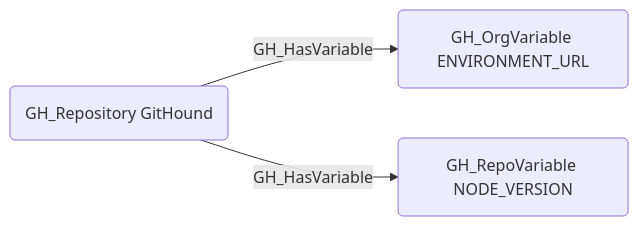
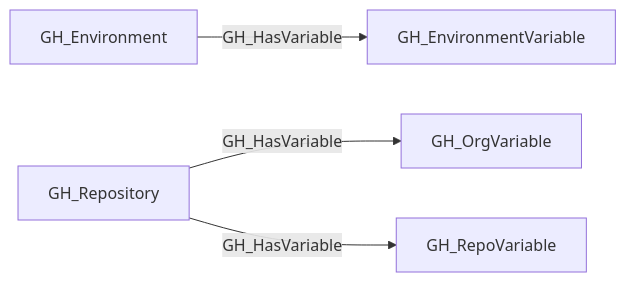
Before and after one commit to SpecterOps/bloodhound-docs: the first of 2 diagrams in docs/opengraph/extensions/github/edges/gh_hasvariable.mdx, drawn with Mermaid. The commit also changed other lines of this file and 292 other files, not shown here.

````diff
--- a/docs/opengraph/extensions/github/edges/gh_hasvariable.mdx
+++ b/docs/opengraph/extensions/github/edges/gh_hasvariable.mdx
@@ -19,8 +18,11 @@
 ```mermaid
-graph LR
-    node1("GH_Repository GitHound")
-    node2("GH_OrgVariable ENVIRONMENT_URL")
-    node3("GH_RepoVariable NODE_VERSION")
-    node1 -- GH_HasVariable --> node2
-    node1 -- GH_HasVariable --> node3
+flowchart LR
+    GH_Environment["GH_Environment"]
+    GH_EnvironmentVariable["GH_EnvironmentVariable"]
+    GH_OrgVariable["GH_OrgVariable"]
+    GH_Repository["GH_Repository"]
+    GH_RepoVariable["GH_RepoVariable"]
+    GH_Environment -- GH_HasVariable --> GH_EnvironmentVariable
+    GH_Repository -- GH_HasVariable --> GH_OrgVariable
+    GH_Repository -- GH_HasVariable --> GH_RepoVariable
 ```
````
